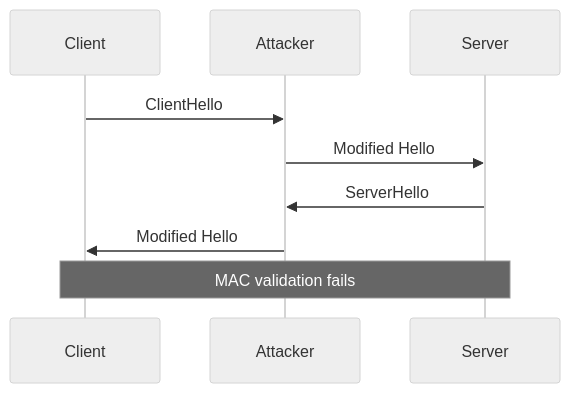
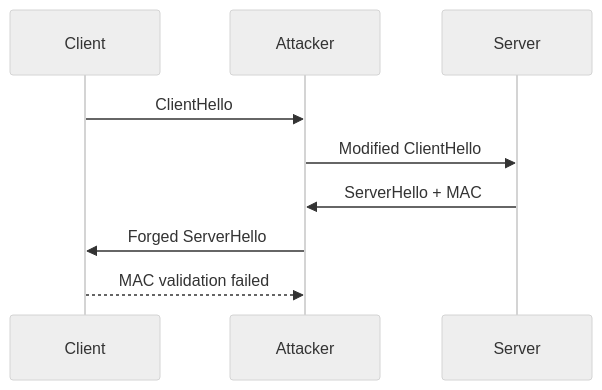
Before and after one commit to NESTREN/security-connect-protocol: the third of 6 diagrams in README.md, drawn with Mermaid (neutral theme). The commit also changed other lines of this file and 4 other files, not shown here.

Commit message:
Polish README with badges, diagrams, attack scenarios and usage guide

````diff
--- a/README.md
+++ b/README.md
@@ -107,12 +91,12 @@
 ```mermaid
 sequenceDiagram
-    participant Client
-    participant Attacker
-    participant Server
+    participant C as Client
+    participant A as Attacker
+    participant S as Server
 
-    Client->>Attacker: ClientHello
-    Attacker->>Server: Modified Hello
-    Server->>Attacker: ServerHello
-    Attacker->>Client: Modified Hello
-    Note over Client,Server: MAC validation fails
+    C->>A: ClientHello
+    A->>S: Modified ClientHello
+    S->>A: ServerHello + MAC
+    A->>C: Forged ServerHello
+    C-->>A: MAC validation failed
 ```
````
